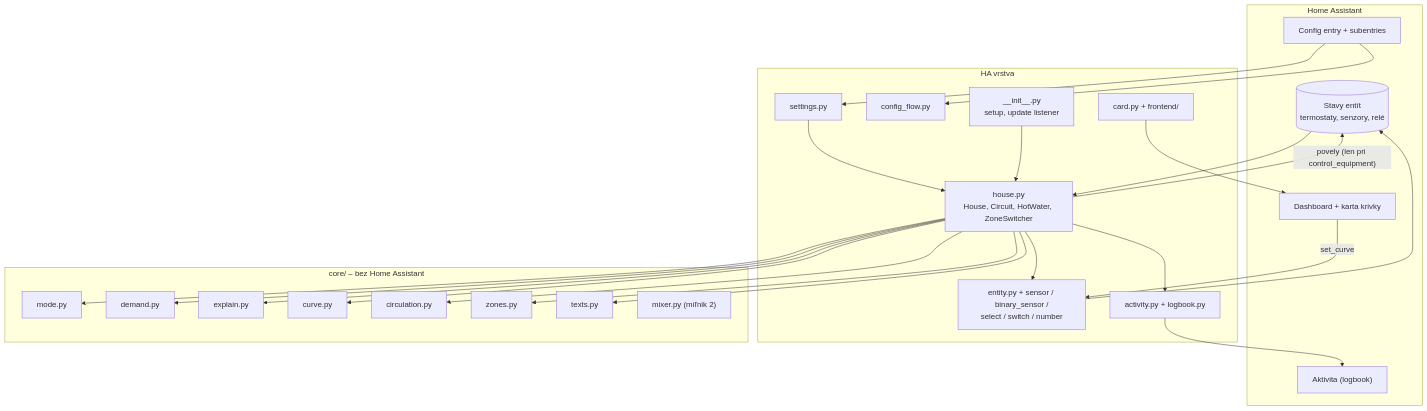
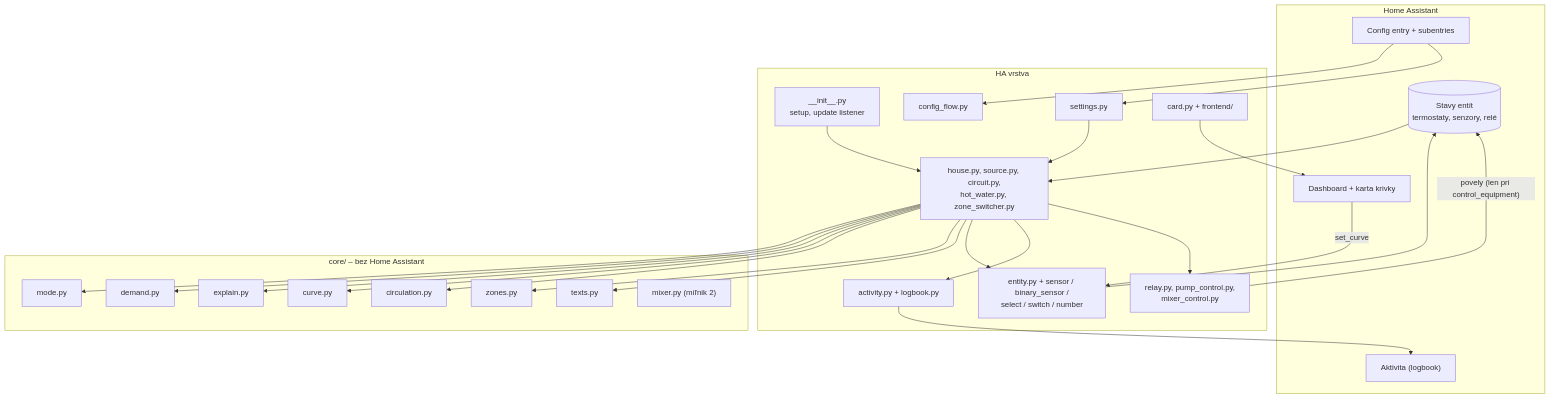
The first of 19 diagrams in documents/architecture.md (misevcik/ha-climate-circuits), drawn with Mermaid before and after one commit. The commit also changed other lines of this file and 21 other files, not shown here.

````diff
--- a/documents/architecture.md
+++ b/documents/architecture.md
@@ -59,38 +72,39 @@
 ```mermaid
 flowchart TB
   subgraph HA["Home Assistant"]
     STATES[("Stavy entít<br/>termostaty, senzory, relé")]
     LOGBOOK["Aktivita (logbook)"]
     UI["Dashboard + karta krivky"]
     CFG["Config entry + subentries"]
   end
   subgraph LAYER["HA vrstva"]
     INIT["__init__.py<br/>setup, update listener"]
     FLOW["config_flow.py"]
     SET["settings.py"]
-    HOUSE["house.py<br/>House, Circuit, HotWater, ZoneSwitcher"]
+    HOUSE["house.py, source.py, circuit.py,<br/>hot_water.py, zone_switcher.py"]
+    OUT["relay.py, pump_control.py,<br/>mixer_control.py"]
     ENT["entity.py + sensor / binary_sensor /<br/>select / switch / number"]
     ACT["activity.py + logbook.py"]
     CARD["card.py + frontend/"]
   end
   subgraph CORE["core/ – bez Home Assistant"]
     MODE["mode.py"]
     DEMAND["demand.py"]
     EXPLAIN["explain.py"]
     CURVE["curve.py"]
     CIRC["circulation.py"]
     ZONES["zones.py"]
     TEXTS["texts.py"]
     MIXER["mixer.py (míľnik 2)"]
   end
   CFG --> FLOW
   CFG --> SET --> HOUSE
   INIT --> HOUSE
   STATES --> HOUSE
   HOUSE --> MODE & DEMAND & EXPLAIN & CURVE & CIRC & ZONES & TEXTS
   HOUSE --> ENT --> STATES
   HOUSE --> ACT --> LOGBOOK
-  HOUSE -->|"povely (len pri control_equipment)"| STATES
+  HOUSE --> OUT -->|"povely (len pri control_equipment)"| STATES
   CARD --> UI
   UI -->|"set_curve"| ENT
 ```
````
